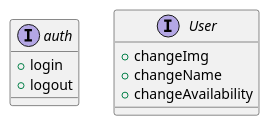
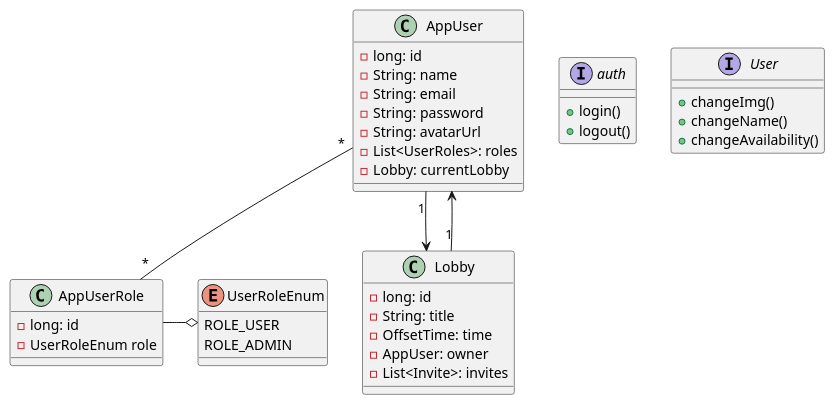
The diagram in documentation/plantUml/api.puml (SergeiVS/lets_play_be), drawn with PlantUML before and after one commit.

Commit message:
add class schema UML

```diff
--- a/documentation/plantUml/api.puml
+++ b/documentation/plantUml/api.puml
@@ -1,14 +1,47 @@
 @startuml api
 
 interface auth {
-+ login
-+ logout
++ login()
++ logout()
 }
 
 interface User {
-+ changeImg
-+ changeName
-+ changeAvailability
++ changeImg()
++ changeName()
++ changeAvailability()
 }
 
+class AppUser{
+- long: id
+- String: name
+- String: email
+- String: password
+- String: avatarUrl
+- List<UserRoles>: roles
+- Lobby: currentLobby
+}
+
+enum UserRoleEnum{
+ROLE_USER
+ROLE_ADMIN
+}
+
+class AppUserRole{
+- long: id
+- UserRoleEnum role
+}
+
+AppUserRole -o UserRoleEnum
+AppUser"*"--"*"AppUserRole
+
+class Lobby{
+- long: id
+- String: title
+- OffsetTime: time
+- AppUser: owner
+- List<Invite>: invites
+}
+AppUser "1"--> Lobby
+Lobby "1"--> AppUser
+
 @enduml
```
